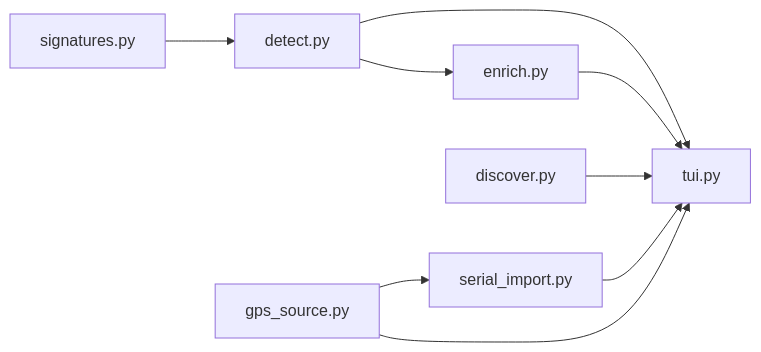
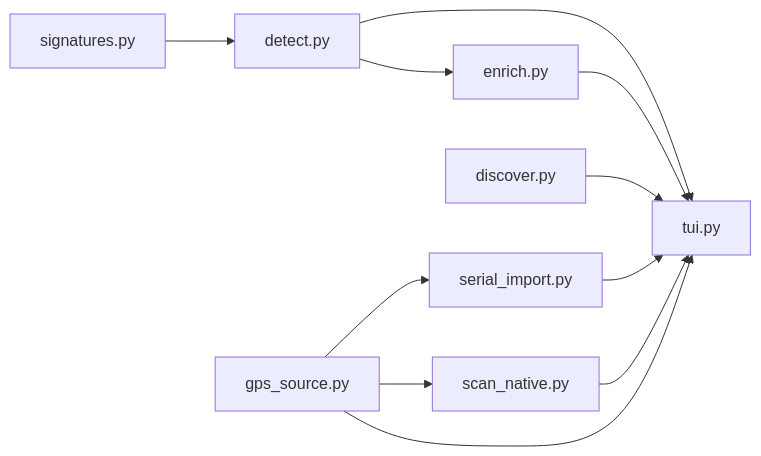
The second of 2 diagrams in README.md (thehappydinoa/flockdar), drawn with Mermaid before and after one commit. The commit also changed other lines of this file and 8 other files, not shown here.

````diff
--- a/README.md
+++ b/README.md
@@ -179,19 +181,22 @@
 ```mermaid
 graph LR
     SIG[signatures.py]
     DET[detect.py]
     ENR[enrich.py]
     DIS[discover.py]
     SER[serial_import.py]
+    SCN[scan_native.py]
     GPS[gps_source.py]
     TUI[tui.py]
 
     SIG --> DET
     DET --> TUI
     DET --> ENR
     ENR --> TUI
     DIS --> TUI
     SER --> TUI
+    SCN --> TUI
     GPS --> SER
+    GPS --> SCN
     GPS --> TUI
 ```
````
